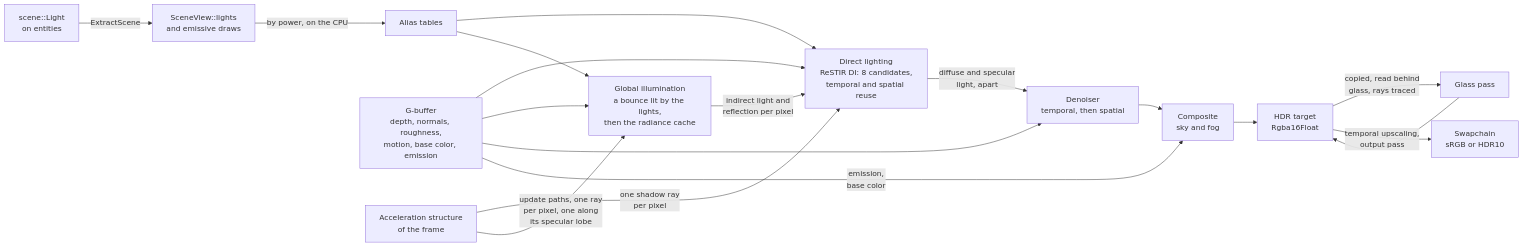
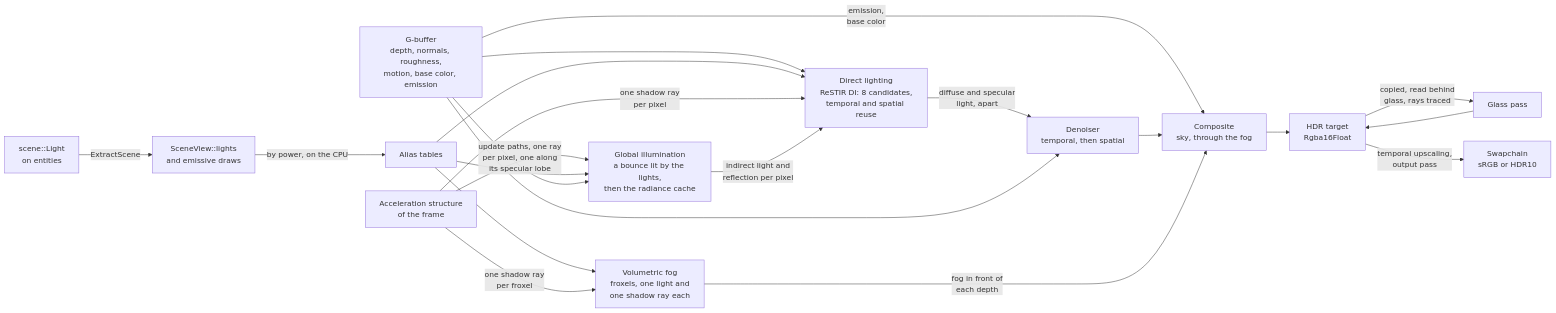
The eighth of 13 diagrams in docs/ARCHITECTURE.md (SBXdev3D/daidalos-engine-next), drawn with Mermaid before and after one commit. The commit also changed other lines of this file and 50 other files, not shown here.

First line of the commit message:
Phase 9.17: volumetric fog (#42)

````diff
--- a/docs/ARCHITECTURE.md
+++ b/docs/ARCHITECTURE.md
@@ -186,20 +187,23 @@
 ```mermaid
 flowchart LR
     E["scene::Light<br/>on entities"] -->|"ExtractScene"| L["SceneView::lights<br/>and emissive draws"]
     L -->|"by power, on the CPU"| AT["Alias tables"]
     P["G-buffer<br/>depth, normals, roughness,<br/>motion, base color, emission"] --> M
     AT --> M["Direct lighting<br/>ReSTIR DI: 8 candidates,<br/>temporal and spatial reuse"]
     AS["Acceleration structure<br/>of the frame"] -->|"one shadow ray<br/>per pixel"| M
     AS -->|"update paths, one ray<br/>per pixel, one along<br/>its specular lobe"| GI["Global illumination<br/>a bounce lit by the lights,<br/>then the radiance cache"]
     AT --> GI
     P --> GI
     GI -->|"indirect light and<br/>reflection per pixel"| M
     M -->|"diffuse and specular<br/>light, apart"| DN["Denoiser<br/>temporal, then spatial"]
     P --> DN
-    P -->|"emission,<br/>base color"| CO["Composite<br/>sky and fog"]
+    P -->|"emission,<br/>base color"| CO["Composite<br/>sky, through the fog"]
     DN --> CO
+    AT --> FO["Volumetric fog<br/>froxels, one light and<br/>one shadow ray each"]
+    AS -->|"one shadow ray<br/>per froxel"| FO
+    FO -->|"fog in front of<br/>each depth"| CO
     CO --> H["HDR target<br/>Rgba16Float"]
     H -->|"copied, read behind<br/>glass, rays traced"| GL["Glass pass"]
     GL --> H
     H -->|"temporal upscaling,<br/>output pass"| S["Swapchain<br/>sRGB or HDR10"]
 ```
````
